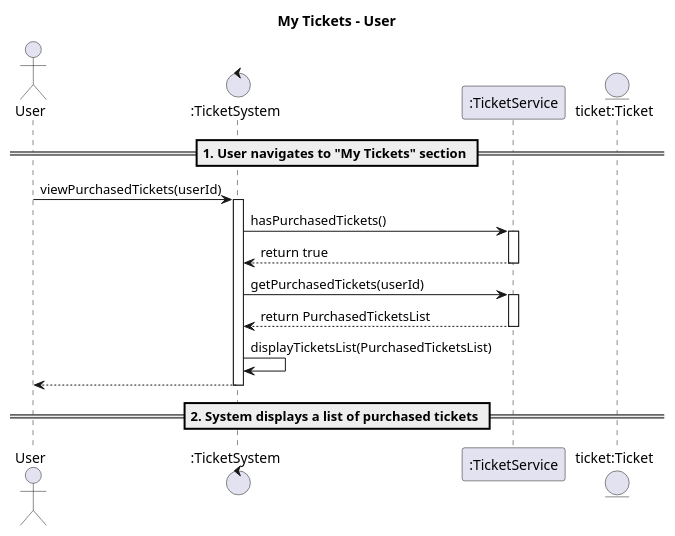
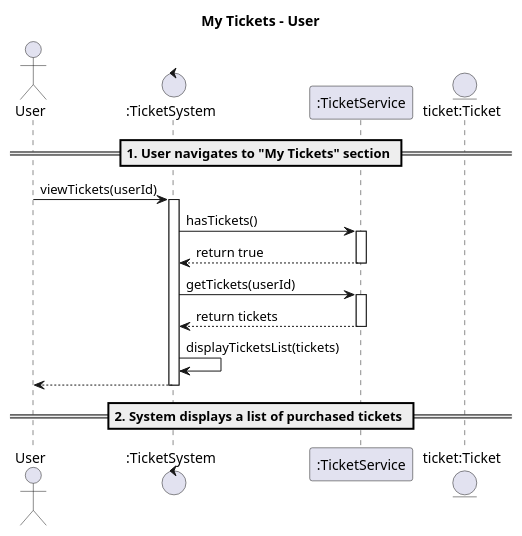
Before and after one commit to mrle0429/Event-Management-System: the diagram in 02-analysis/usecases/text/18-my-tickets.puml, drawn with PlantUML. The commit also changed 6 other files, not shown here.

```diff
--- a/02-analysis/usecases/text/18-my-tickets.puml
+++ b/02-analysis/usecases/text/18-my-tickets.puml
@@ -1,24 +1,24 @@
 @startuml
 title My Tickets - User
 
 actor User
 control ":TicketSystem" as UD
 participant ":TicketService" as TS
 entity "ticket:Ticket" as ticket
 
 == 1. User navigates to "My Tickets" section ==
-User -> UD : viewPurchasedTickets(userId)
+User -> UD : viewTickets(userId)
 activate UD
-UD -> TS : hasPurchasedTickets()
+UD -> TS : hasTickets()
 activate TS
 TS --> UD : return true
 deactivate TS
-UD -> TS : getPurchasedTickets(userId)
+UD -> TS : getTickets(userId)
 activate TS
-TS --> UD : return PurchasedTicketsList
+TS --> UD : return tickets
 deactivate TS
-UD -> UD : displayTicketsList(PurchasedTicketsList)
+UD -> UD : displayTicketsList(tickets)
 UD --> User :
 deactivate UD
 == 2. System displays a list of purchased tickets ==
 @enduml
```
